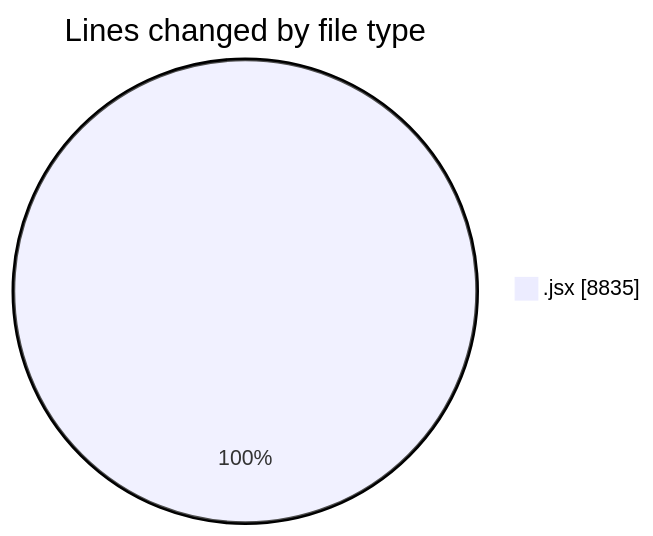
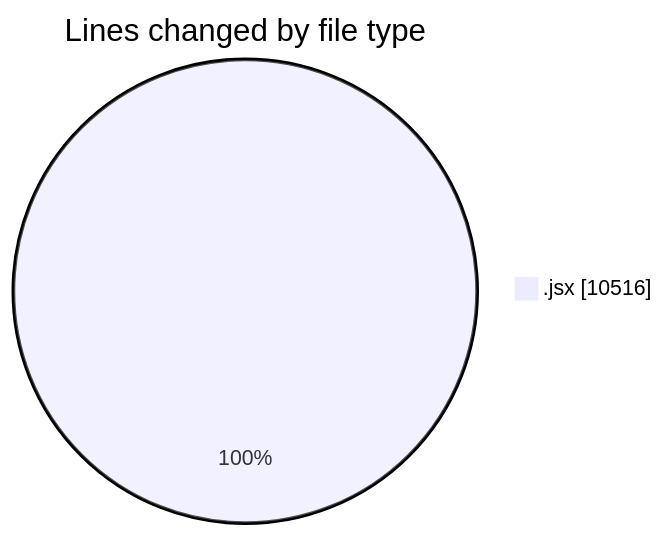
The first of 2 diagrams in 2025-05-26/nxtqube_webapp/README.md (nxtqubesakshisongat/code-tracking), drawn with Mermaid before and after one commit. The commit also changed other lines of this file and 1 other file, not shown here.

````diff
--- a/2025-05-26/nxtqube_webapp/README.md
+++ b/2025-05-26/nxtqube_webapp/README.md
@@ -22,5 +22,5 @@
 ```mermaid
 pie showData
 title Lines changed by file type
-".jsx" : 8835
+".jsx" : 10516
 ```
````
